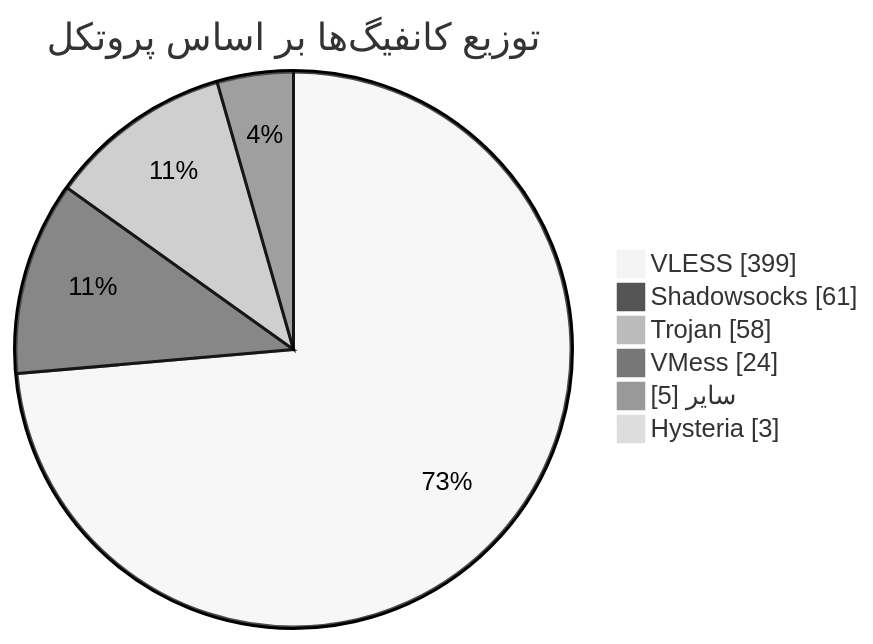
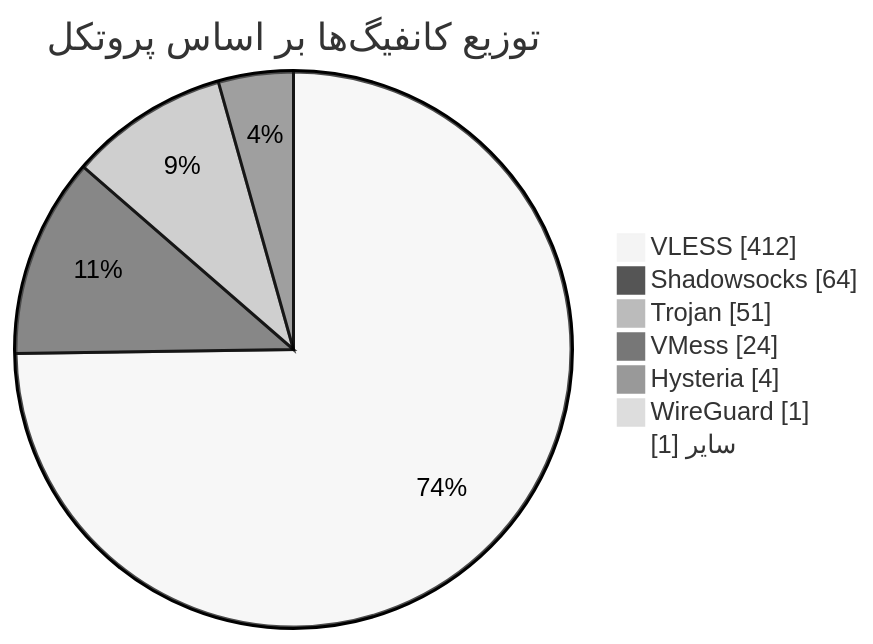
Before and after one commit to Arian-Alijani/Somthing: the diagram in README.md, drawn with Mermaid (neutral theme). The commit also changed other lines of this file and 93 other files, not shown here.

````diff
--- a/README.md
+++ b/README.md
@@ -48,10 +49,11 @@
 ```mermaid
 pie showData
     title توزیع کانفیگ‌ها بر اساس پروتکل
-    "VLESS" : 399
-    "Shadowsocks" : 61
-    "Trojan" : 58
+    "VLESS" : 412
+    "Shadowsocks" : 64
+    "Trojan" : 51
     "VMess" : 24
-    "سایر" : 5
-    "Hysteria" : 3
+    "Hysteria" : 4
+    "WireGuard" : 1
+    "سایر" : 1
 ```
````
